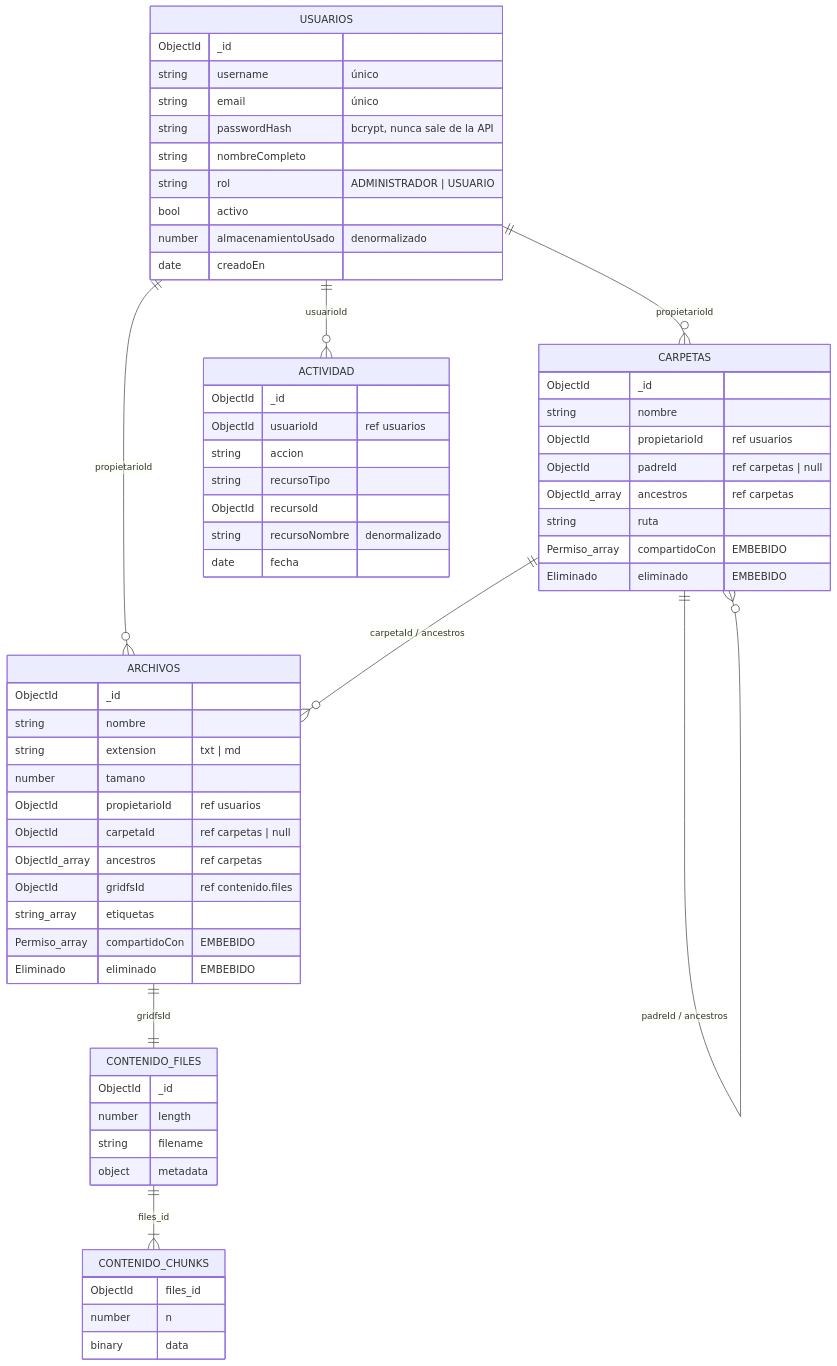
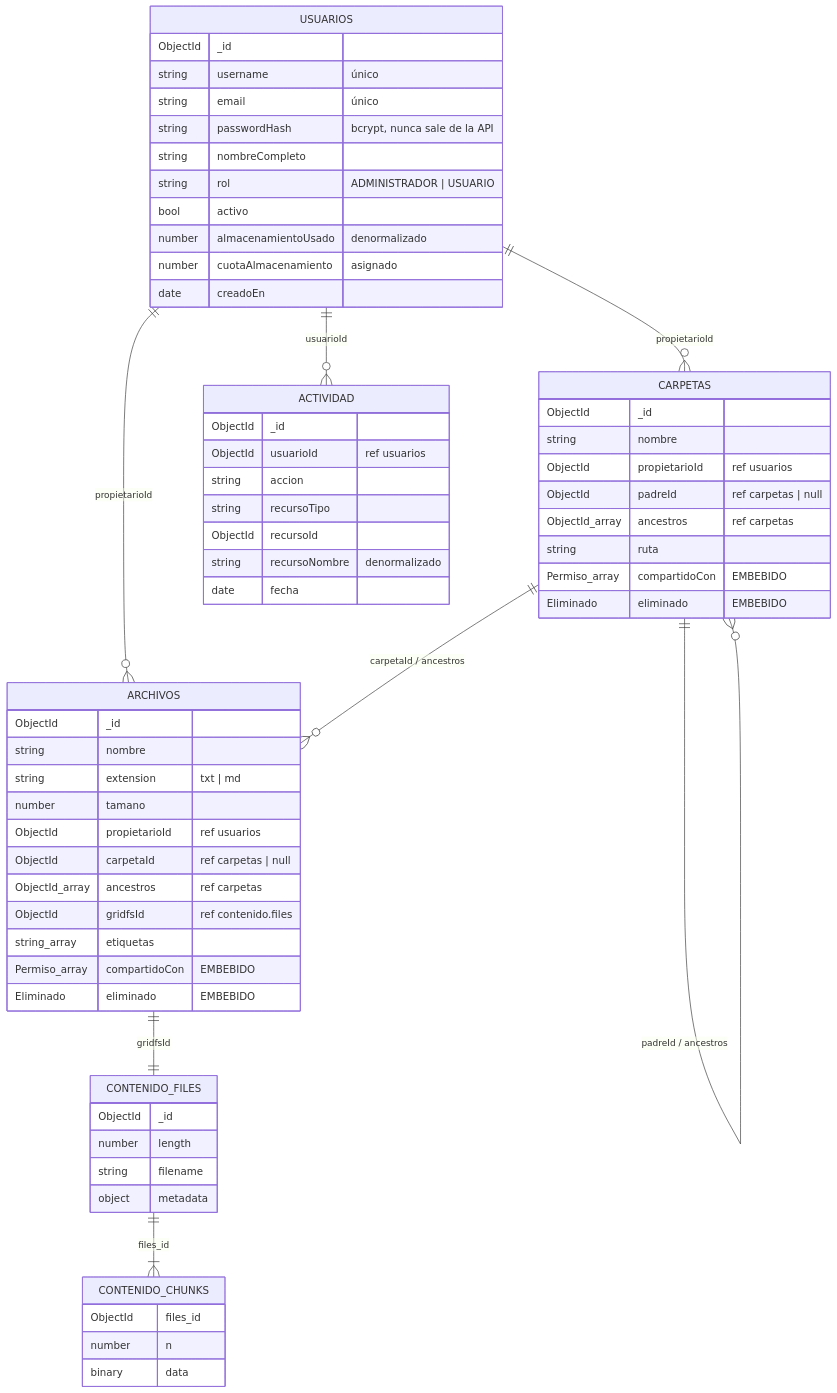
One commit to LuisRV2112/proyectofinal_archivos2026 changed the diagram in docs/MODELO-DOCUMENTAL.md. Above: the diagram before and after it, drawn with Mermaid. The commit also changed other lines of this file and 14 other files, not shown here.

Commit message:
docs: cuota, creacion de archivos y reportes 13 y 14 en manuales y diagramas

````diff
--- a/docs/MODELO-DOCUMENTAL.md
+++ b/docs/MODELO-DOCUMENTAL.md
@@ -359,65 +369,66 @@
 ```mermaid
 erDiagram
     USUARIOS {
         ObjectId _id
         string username "único"
         string email "único"
         string passwordHash "bcrypt, nunca sale de la API"
         string nombreCompleto
         string rol "ADMINISTRADOR | USUARIO"
         bool activo
         number almacenamientoUsado "denormalizado"
+        number cuotaAlmacenamiento "asignado"
         date creadoEn
     }
     CARPETAS {
         ObjectId _id
         string nombre
         ObjectId propietarioId "ref usuarios"
         ObjectId padreId "ref carpetas | null"
         ObjectId_array ancestros "ref carpetas"
         string ruta
         Permiso_array compartidoCon "EMBEBIDO"
         Eliminado eliminado "EMBEBIDO"
     }
     ARCHIVOS {
         ObjectId _id
         string nombre
         string extension "txt | md"
         number tamano
         ObjectId propietarioId "ref usuarios"
         ObjectId carpetaId "ref carpetas | null"
         ObjectId_array ancestros "ref carpetas"
         ObjectId gridfsId "ref contenido.files"
         string_array etiquetas
         Permiso_array compartidoCon "EMBEBIDO"
         Eliminado eliminado "EMBEBIDO"
     }
     ACTIVIDAD {
         ObjectId _id
         ObjectId usuarioId "ref usuarios"
         string accion
         string recursoTipo
         ObjectId recursoId
         string recursoNombre "denormalizado"
         date fecha
     }
     CONTENIDO_FILES {
         ObjectId _id
         number length
         string filename
         object metadata
     }
     CONTENIDO_CHUNKS {
         ObjectId files_id
         number n
         binary data
     }
 
     USUARIOS ||--o{ CARPETAS : "propietarioId"
     USUARIOS ||--o{ ARCHIVOS : "propietarioId"
     USUARIOS ||--o{ ACTIVIDAD : "usuarioId"
     CARPETAS ||--o{ CARPETAS : "padreId / ancestros"
     CARPETAS ||--o{ ARCHIVOS : "carpetaId / ancestros"
     ARCHIVOS ||--|| CONTENIDO_FILES : "gridfsId"
     CONTENIDO_FILES ||--|{ CONTENIDO_CHUNKS : "files_id"
 ```
````
